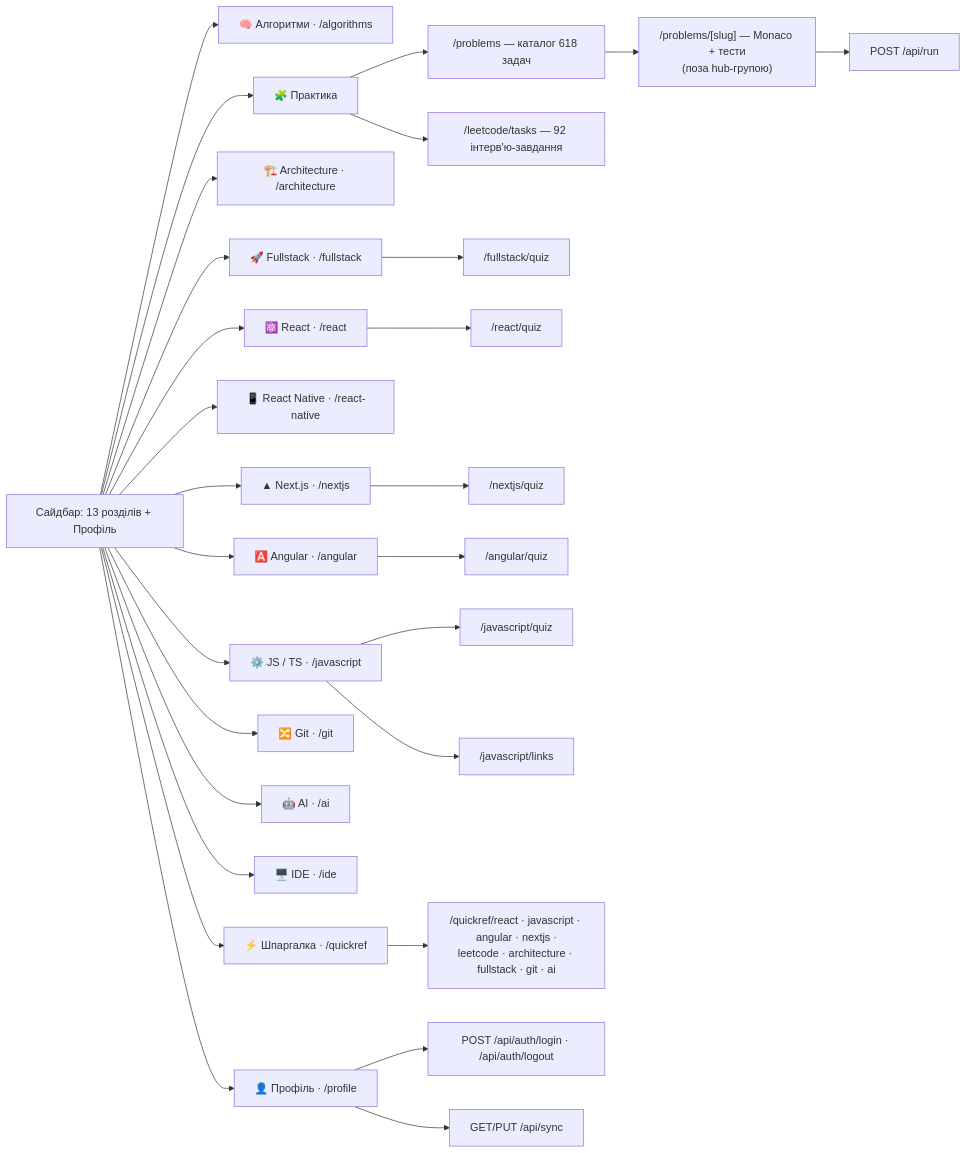
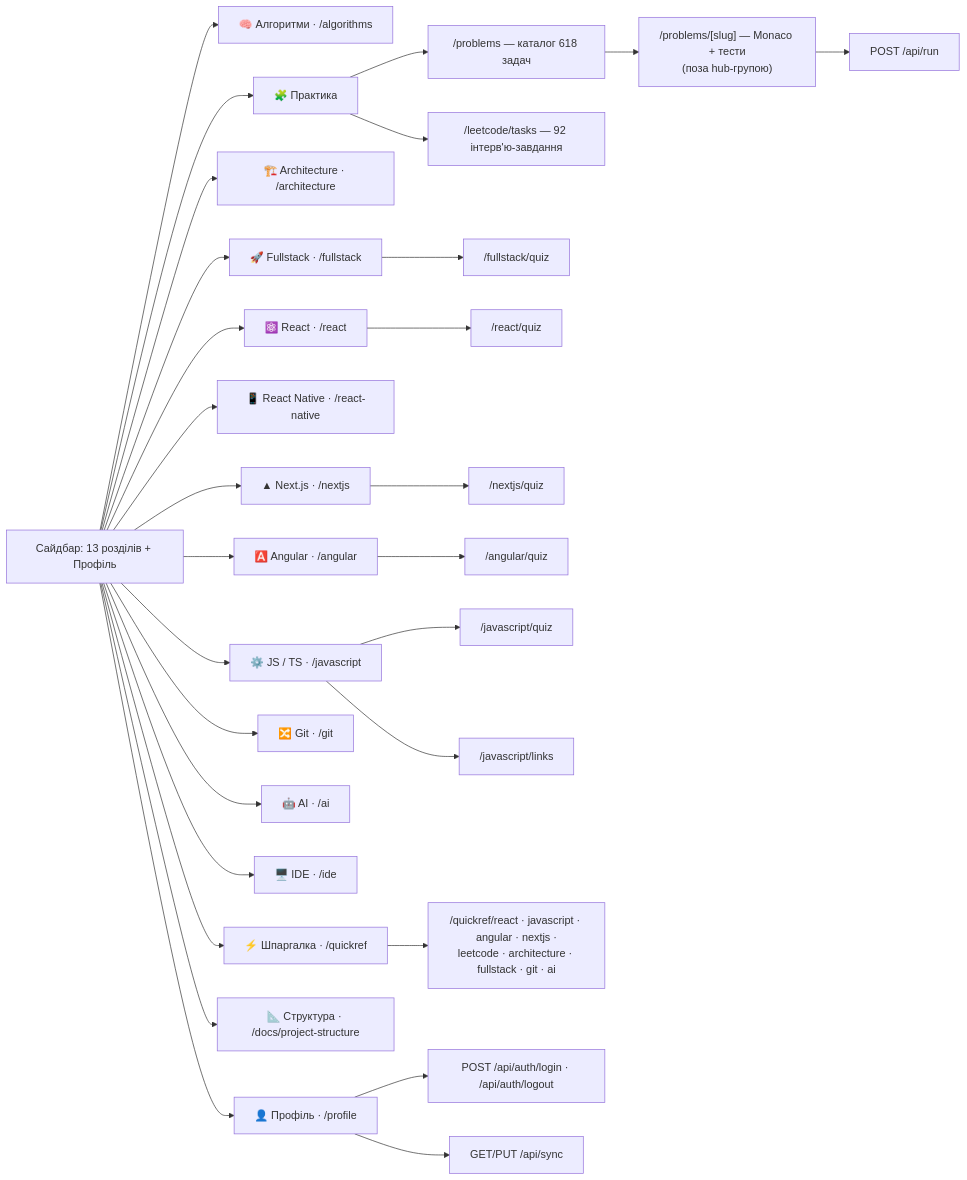
Before and after one commit to roman-semak/Cheat-hub: the diagram in Docs/project-structure.md, drawn with Mermaid. The commit also changed other lines of this file and 6 other files, not shown here.

````diff
--- a/Docs/project-structure.md
+++ b/Docs/project-structure.md
@@ -19,36 +19,37 @@
 ```mermaid
 graph LR
   SB[Сайдбар: 13 розділів + Профіль]
 
   SB --> ALG["🧠 Алгоритми · /algorithms"]
   SB --> PR["🧩 Практика"]
   SB --> ARCH["🏗️ Architecture · /architecture"]
   SB --> FS["🚀 Fullstack · /fullstack"]
   SB --> RE["⚛️ React · /react"]
   SB --> RN["📱 React Native · /react-native"]
   SB --> NX["▲ Next.js · /nextjs"]
   SB --> NG["🅰️ Angular · /angular"]
   SB --> JS["⚙️ JS / TS · /javascript"]
   SB --> GIT["🔀 Git · /git"]
   SB --> AI["🤖 AI · /ai"]
   SB --> IDE["🖥️ IDE · /ide"]
   SB --> QR["⚡ Шпаргалка · /quickref"]
+  SB --> DOCS["📐 Структура · /docs/project-structure"]
   SB --> PROF["👤 Профіль · /profile"]
 
   PR --> PROBLEMS["/problems — каталог 618 задач"]
   PROBLEMS --> PROBLEM["/problems/[slug] — Monaco + тести<br/>(поза hub-групою)"]
   PROBLEM --> RUN["POST /api/run"]
   PR --> TASKS["/leetcode/tasks — 92 інтерв'ю-завдання"]
 
   FS --> FSQ["/fullstack/quiz"]
   RE --> REQ["/react/quiz"]
   NX --> NXQ["/nextjs/quiz"]
   NG --> NGQ["/angular/quiz"]
   JS --> JSQ["/javascript/quiz"]
   JS --> JSL["/javascript/links"]
 
   QR --> QRT["/quickref/react · javascript · angular · nextjs ·<br/>leetcode · architecture · fullstack · git · ai"]
 
   PROF --> AUTH["POST /api/auth/login · /api/auth/logout"]
   PROF --> SYNC["GET/PUT /api/sync"]
 ```
````
